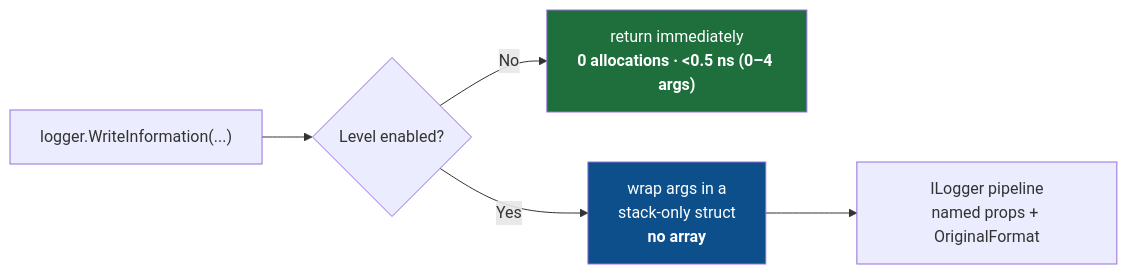
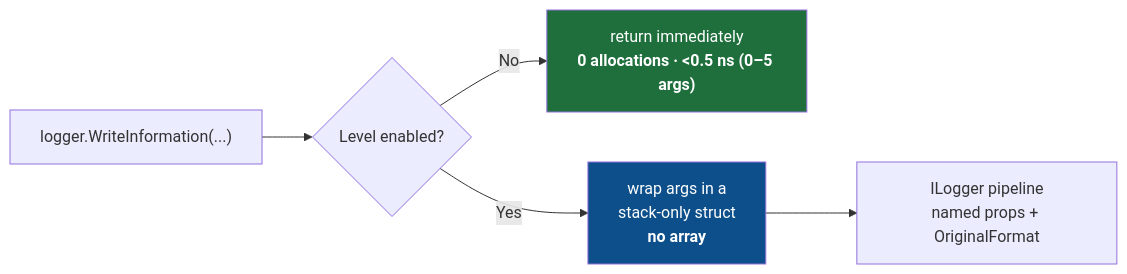
Before and after one commit to gcfernando/nilog: the diagram in README.md, drawn with Mermaid. The commit also changed other lines of this file and 16 other files, not shown here.

````diff
--- a/README.md
+++ b/README.md
@@ -909,9 +1126,9 @@
 ```mermaid
 flowchart LR
     A["logger.WriteInformation(...)"] --> B{"Level enabled?"}
-    B -- No --> C["return immediately<br/><b>0 allocations · &lt;0.5 ns (0–4 args)</b>"]
+    B -- No --> C["return immediately<br/><b>0 allocations · &lt;0.5 ns (0–5 args)</b>"]
     B -- Yes --> D["wrap args in a<br/>stack-only struct<br/><b>no array</b>"]
     D --> E["ILogger pipeline<br/>named props + OriginalFormat"]
     style C fill:#1f6f3d,color:#fff
     style D fill:#0d4f8b,color:#fff
 ```
````
